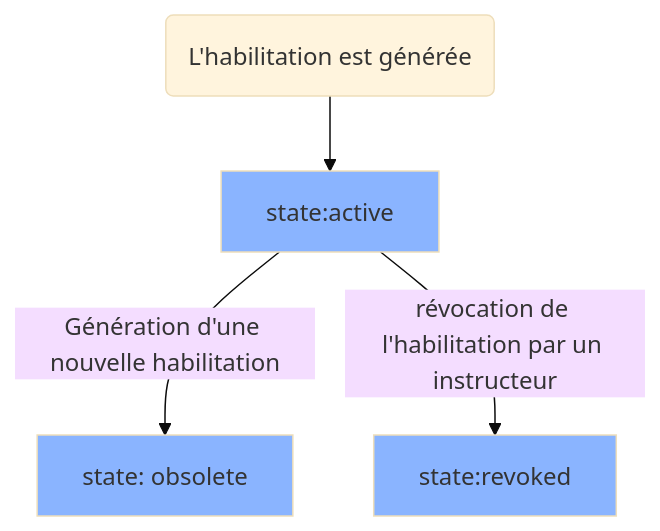
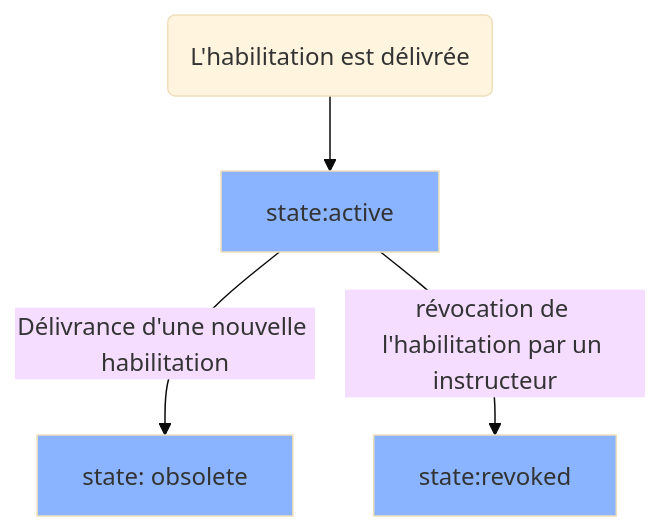
One commit to etalab/data_pass changed the third of 3 diagrams in docs/metier/lifecycle_documentation.md. Above: the diagram before and after it, drawn with Mermaid (base theme). The commit also changed other lines of this file and 3 other files, not shown here.

````diff
--- a/docs/metier/lifecycle_documentation.md
+++ b/docs/metier/lifecycle_documentation.md
@@ -61,10 +59,10 @@
 ```mermaid
   flowchart TD
   classDef stateNodes fill:#8ab4ff;
 
-  0(L'habilitation est générée) -->A[state:active]
-  A --> |Génération d'une nouvelle habilitation| B[state: obsolete]
+  0(L'habilitation est délivrée) -->A[state:active]
+  A --> |Délivrance d'une nouvelle habilitation| B[state: obsolete]
   A --> |révocation de l'habilitation par un instructeur| C[state:revoked]
 
   class A,B,C stateNodes;
 ```
````
